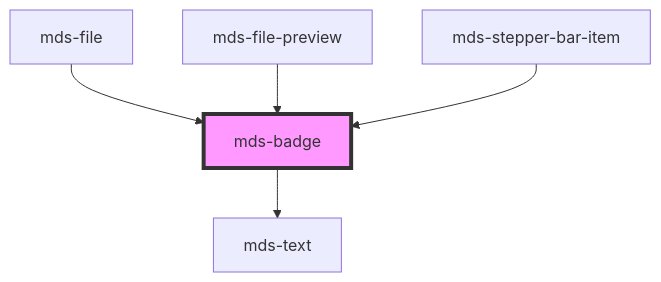
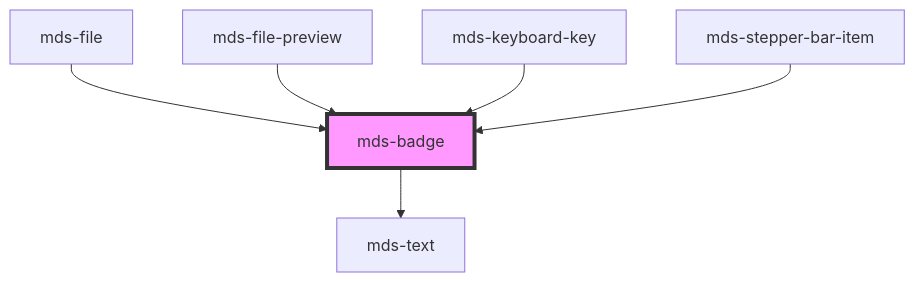
Before and after one commit to magma-design-system/magma: the diagram in projects/stencil/src/components/mds-badge/readme.md, drawn with Mermaid. The commit also changed other lines of this file and 11 other files, not shown here.

Commit message:
feat(mds-keyboard): add component to pubblication pipeline

````diff
--- a/projects/stencil/src/components/mds-badge/readme.md
+++ b/projects/stencil/src/components/mds-badge/readme.md
@@ -49,8 +50,9 @@
 ```mermaid
 graph TD;
   mds-badge --> mds-text
   mds-file --> mds-badge
   mds-file-preview --> mds-badge
+  mds-keyboard-key --> mds-badge
   mds-stepper-bar-item --> mds-badge
   style mds-badge fill:#f9f,stroke:#333,stroke-width:4px
 ```
````
